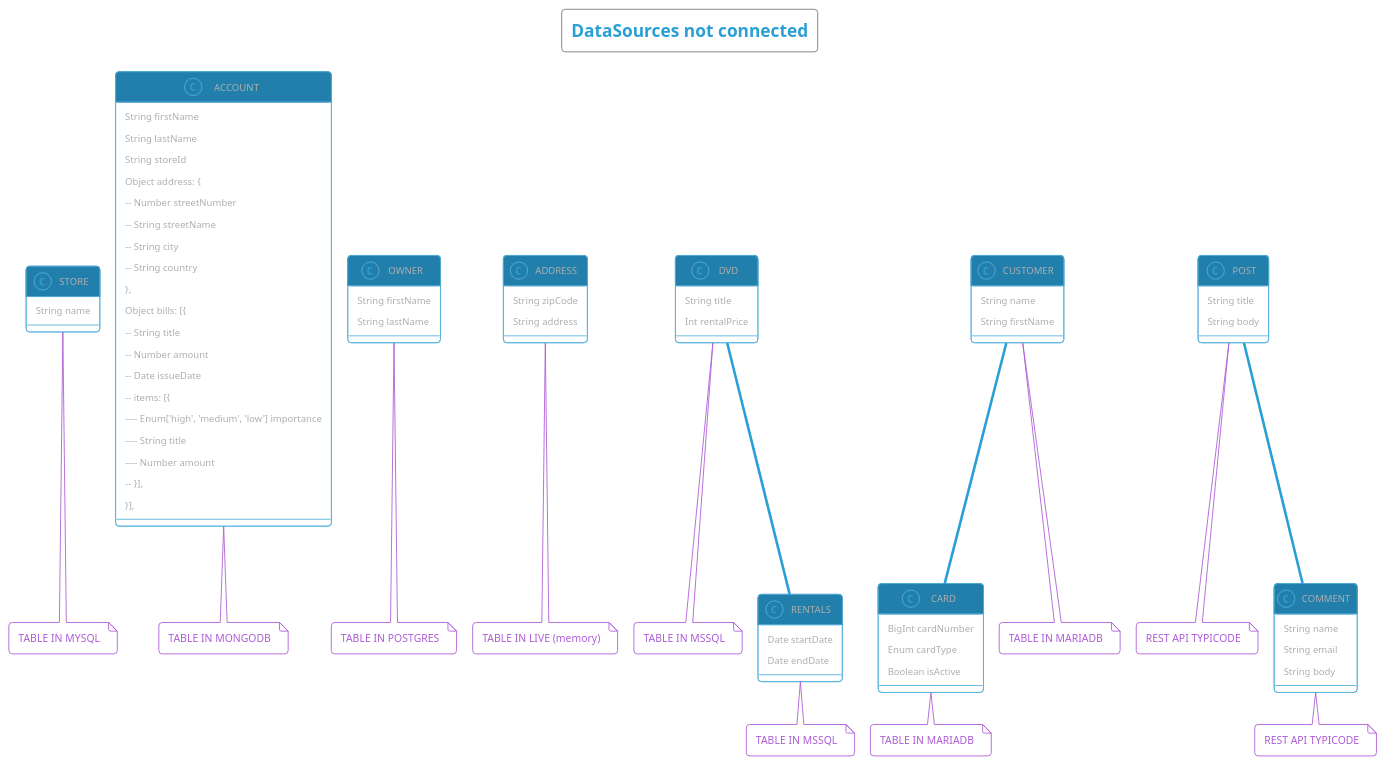
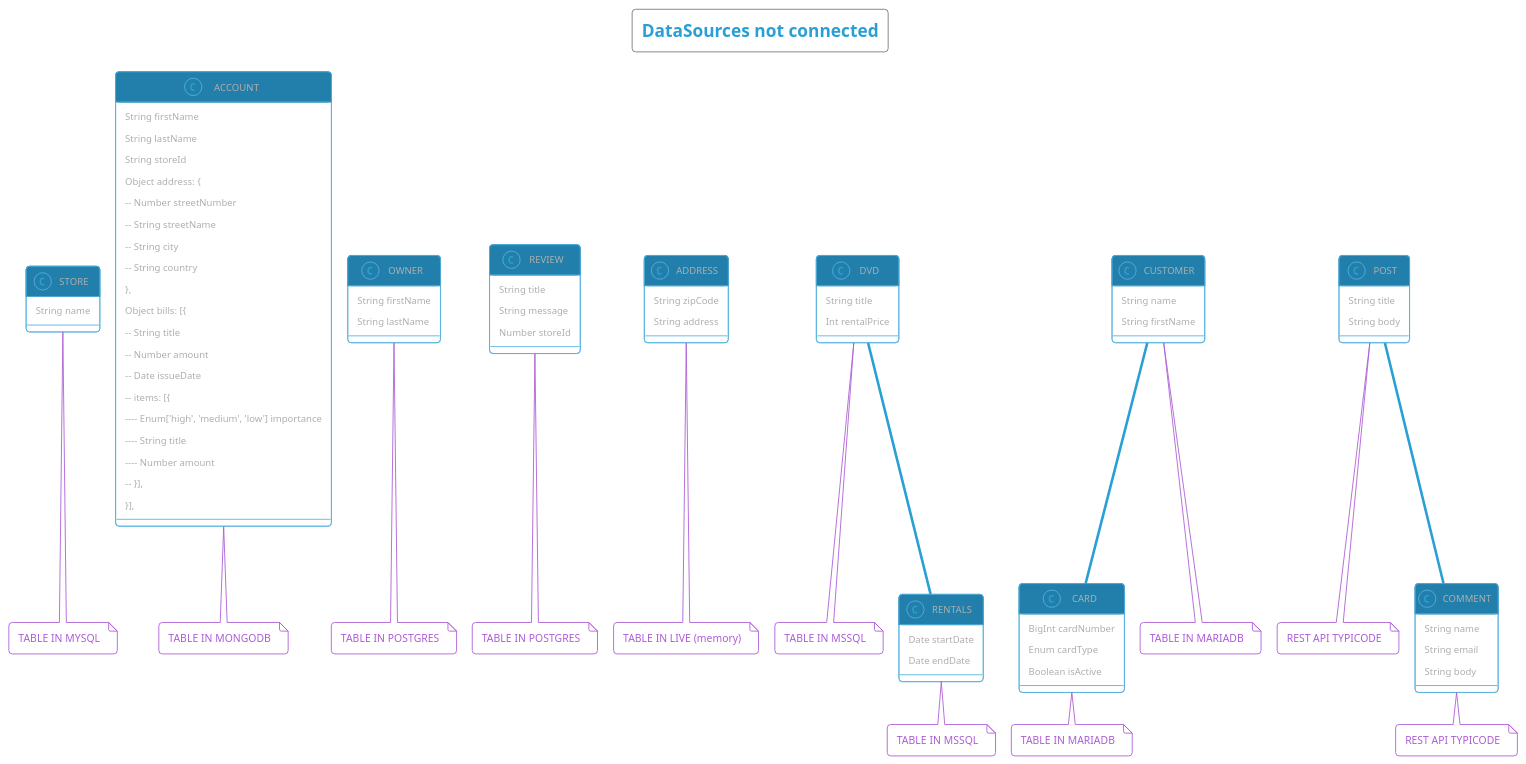
One commit to ForestAdmin/agent-nodejs changed the diagram in packages/_example/datasources.puml. Above: the diagram before and after it, drawn with PlantUML. The commit also changed 5 other files, not shown here.

```diff
--- a/packages/_example/datasources.puml
+++ b/packages/_example/datasources.puml
@@ -1,95 +1,104 @@
 @startuml
 !pragma layout smetana
 !theme cyborg-outline
 
 title: DataSources not connected
 
 class STORE {
   String name
 }
 class STORE
 note bottom: TABLE IN MYSQL
 
 class ACCOUNT {
    String firstName
    String lastName
    String storeId
    Object address: {
    -- Number streetNumber
    -- String streetName
    -- String city
    -- String country
    },
    Object bills: [{
    -- String title
    -- Number amount
    -- Date issueDate
    -- items: [{
    ---- Enum['high', 'medium', 'low'] importance
    ---- String title
    ---- Number amount
    -- }],
   }],
 }
 class ACCOUNT
 note bottom: TABLE IN MONGODB
 
 class OWNER {
   String firstName
   String lastName
 }
 class OWNER
 note bottom: TABLE IN POSTGRES
+
+class REVIEW {
+    String title
+    String message
+    Number storeId
+}
+class REVIEW
+note bottom: TABLE IN POSTGRES
+
 
 class ADDRESS {
   String zipCode
   String address
 }
 class ADDRESS
 note bottom: TABLE IN LIVE (memory)
 
 class DVD {
   String title
   Int rentalPrice
 }
 class DVD
 note bottom: TABLE IN MSSQL
 
 class RENTALS {
   Date startDate
   Date endDate
 }
 class RENTALS
 note bottom: TABLE IN MSSQL
 
 class CARD {
   BigInt cardNumber
   Enum cardType
   Boolean isActive
 }
 note bottom: TABLE IN MARIADB
 
 class CUSTOMER {
   String name
   String firstName
 }
 note bottom: TABLE IN MARIADB
 
 class POST {
   String title
   String body
 }
 note bottom: REST API TYPICODE
 
 class COMMENT {
   String name
   String email
   String body
 }
 note bottom: REST API TYPICODE
 
 POST "1" -- "*" COMMENT : has
 DVD "*" -- "*" RENTALS : has
 CUSTOMER "1" -- "*" CARD : has
 
 @enduml
```
